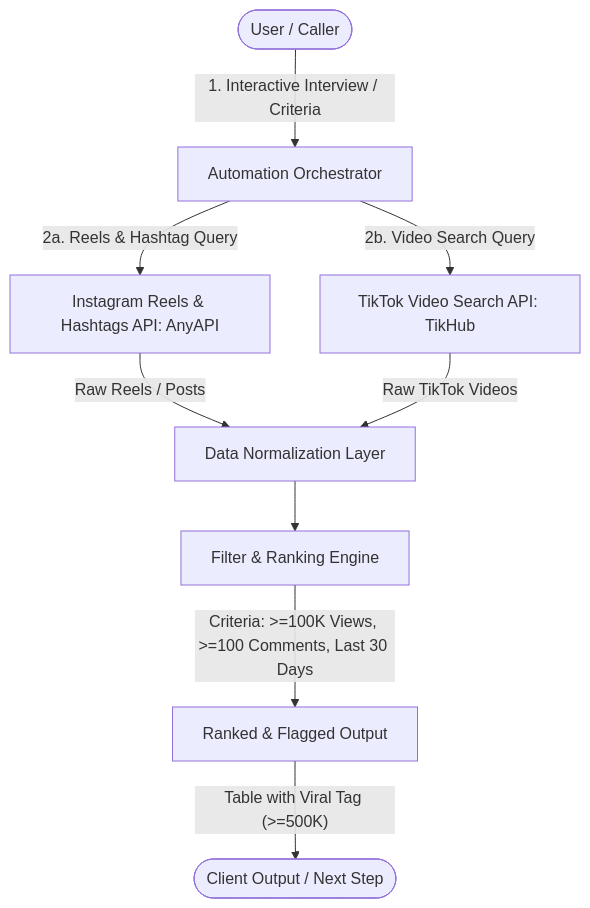
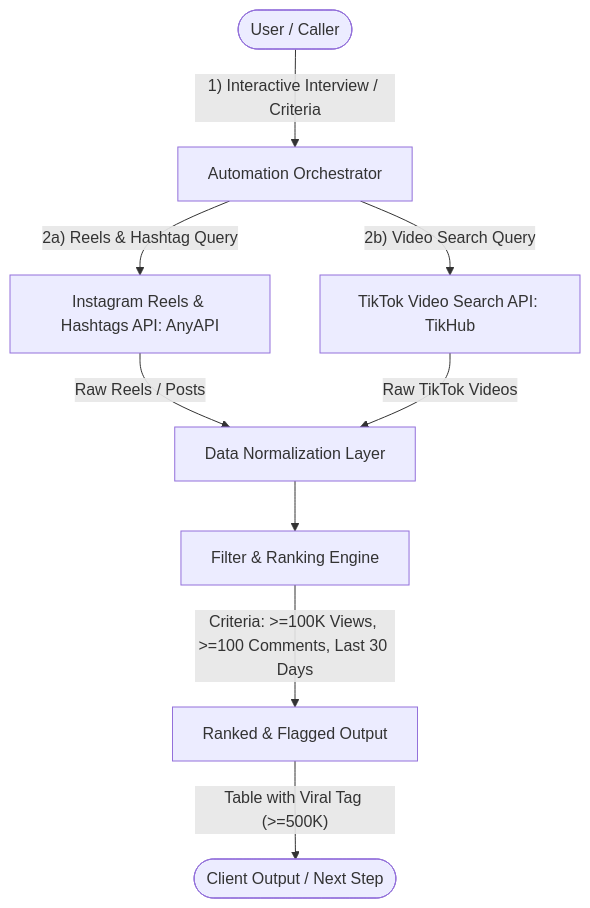
The first of 5 diagrams in README.md (SneharupMukherjee/social-media-automation-skill), drawn with Mermaid before and after one commit. The commit also changed other lines of this file, not shown here.

Commit message:
readme: avoid list syntax in diagram labels

````diff
--- a/README.md
+++ b/README.md
@@ -50,11 +50,11 @@
 ```mermaid
 flowchart TD
-    User(["User / Caller"]) -->|"1. Interactive Interview / Criteria"| Orchestrator["Automation Orchestrator"]
-    Orchestrator -->|"2a. Reels & Hashtag Query"| IG_API["Instagram Reels & Hashtags API: AnyAPI"]
-    Orchestrator -->|"2b. Video Search Query"| TT_API["TikTok Video Search API: TikHub"]
+    User(["User / Caller"]) -->|"1) Interactive Interview / Criteria"| Orchestrator["Automation Orchestrator"]
+    Orchestrator -->|"2a) Reels & Hashtag Query"| IG_API["Instagram Reels & Hashtags API: AnyAPI"]
+    Orchestrator -->|"2b) Video Search Query"| TT_API["TikTok Video Search API: TikHub"]
     IG_API -->|"Raw Reels / Posts"| Normalizer["Data Normalization Layer"]
     TT_API -->|"Raw TikTok Videos"| Normalizer
     Normalizer --> Filter["Filter & Ranking Engine"]
     Filter -->|"Criteria: >=100K Views, >=100 Comments, Last 30 Days"| RankedResults["Ranked & Flagged Output"]
     RankedResults -->|"Table with Viral Tag (>=500K)"| Output(["Client Output / Next Step"])
 ```
````
